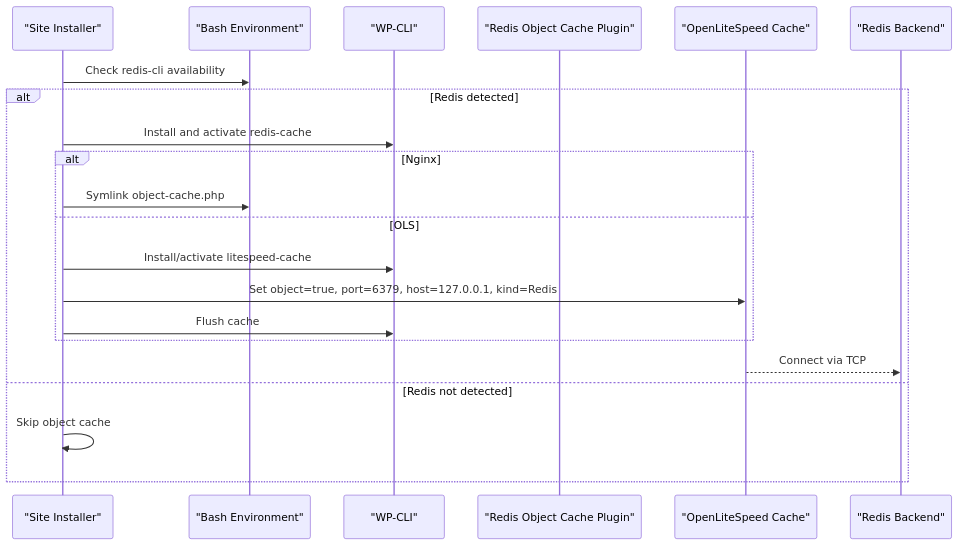
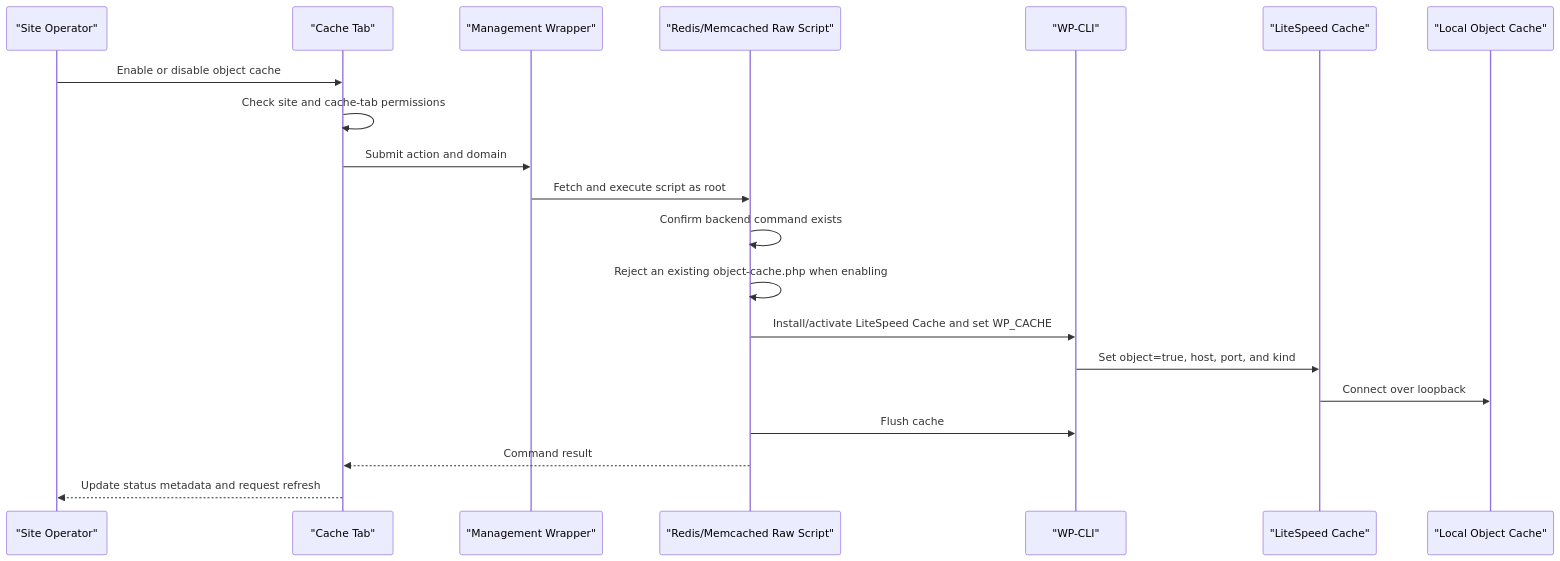
One commit to onedogsolutions/simple-stack changed the second of 4 diagrams in .qoder/repowiki/en/content/Operational Tools/Performance Optimization Tools/Caching Systems/Caching Systems.md. Above: the diagram before and after it, drawn with Mermaid. The commit also changed other lines of this file and 5941 other files, not shown here.

````diff
--- a/.qoder/repowiki/en/content/Operational Tools/Performance Optimization Tools/Caching Systems/Caching Systems.md
+++ b/.qoder/repowiki/en/content/Operational Tools/Performance Optimization Tools/Caching Systems/Caching Systems.md
@@ -158,23 +141,23 @@
 ```mermaid
 sequenceDiagram
-participant Installer as "Site Installer"
-participant Shell as "Bash Environment"
-participant WPCLI as "WP-CLI"
-participant Plugin as "Redis Object Cache Plugin"
-participant OLS as "OpenLiteSpeed Cache"
-participant Redis as "Redis Backend"
-Installer->>Shell : Check redis-cli availability
-alt Redis detected
-Installer->>WPCLI : Install and activate redis-cache
-alt Nginx
-Installer->>Shell : Symlink object-cache.php
-else OLS
-Installer->>WPCLI : Install/activate litespeed-cache
-Installer->>OLS : Set object=true, port=6379, host=127.0.0.1, kind=Redis
-Installer->>WPCLI : Flush cache
-end
-OLS-->>Redis : Connect via TCP
-else Redis not detected
-Installer->>Installer : Skip object cache
-end
+    participant Operator as "Site Operator"
+    participant Tab as "Cache Tab"
+    participant Wrapper as "Management Wrapper"
+    participant Raw as "Redis/Memcached Raw Script"
+    participant WP as "WP-CLI"
+    participant LSCache as "LiteSpeed Cache"
+    participant Backend as "Local Object Cache"
+
+    Operator->>Tab : Enable or disable object cache
+    Tab->>Tab : Check site and cache-tab permissions
+    Tab->>Wrapper : Submit action and domain
+    Wrapper->>Raw : Fetch and execute script as root
+    Raw->>Raw : Confirm backend command exists
+    Raw->>Raw : Reject an existing object-cache.php when enabling
+    Raw->>WP : Install/activate LiteSpeed Cache and set WP_CACHE
+    WP->>LSCache : Set object=true, host, port, and kind
+    LSCache->>Backend : Connect over loopback
+    Raw->>WP : Flush cache
+    Raw-->>Tab : Command result
+    Tab-->>Operator : Update status metadata and request refresh
 ```
````
